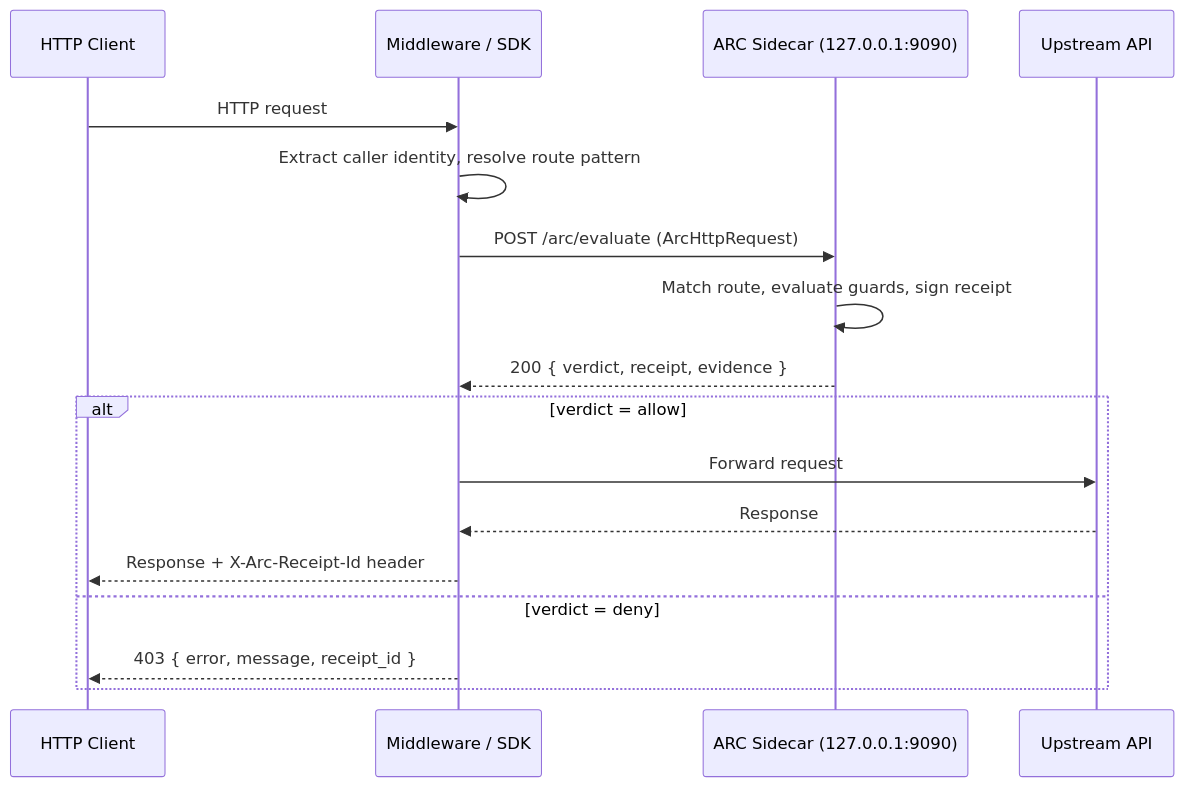
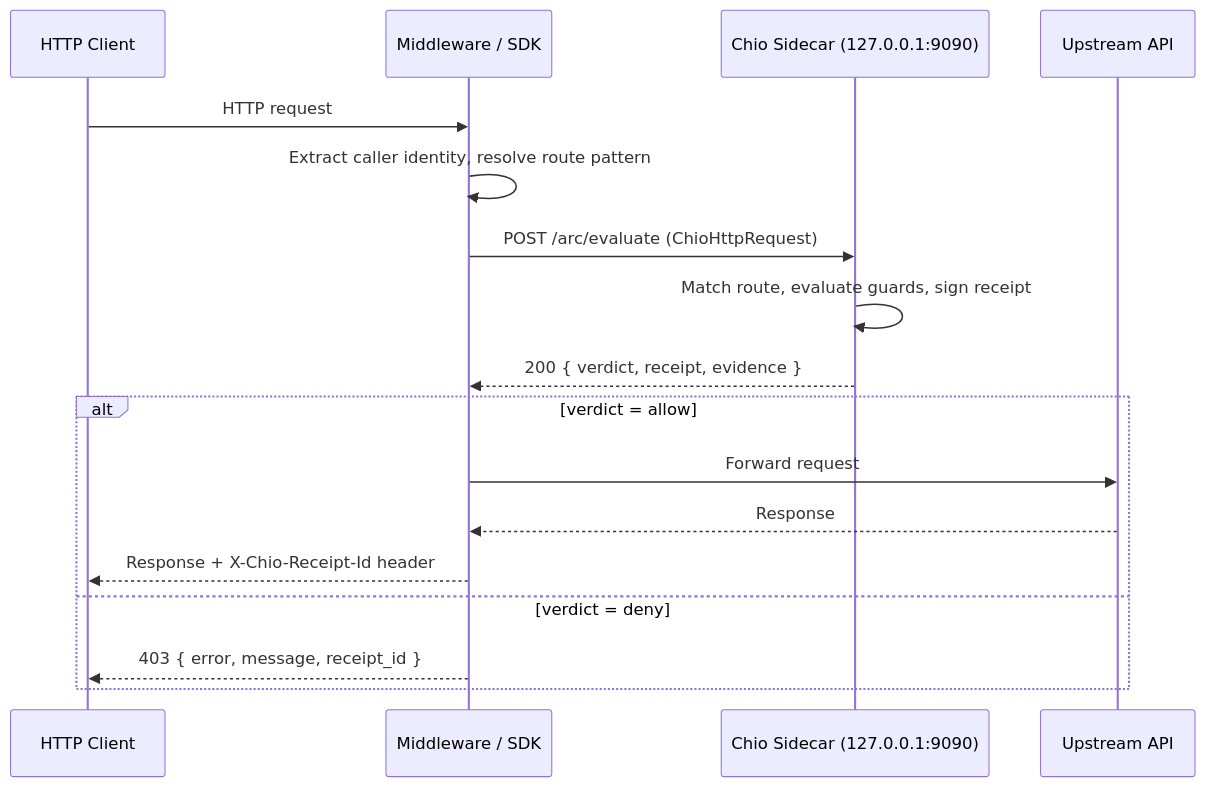
One commit to bb-connor/arc changed the first of 2 diagrams in spec/HTTP-SUBSTRATE.md. Above: the diagram before and after it, drawn with Mermaid. The commit also changed other lines of this file and 3351 other files, not shown here.

First line of the commit message:
feat(rename): arc → chio full overhaul

````diff
--- a/spec/HTTP-SUBSTRATE.md
+++ b/spec/HTTP-SUBSTRATE.md
@@ -133,20 +133,20 @@
 ```mermaid
 sequenceDiagram
     participant Client as HTTP Client
     participant MW as Middleware / SDK
-    participant Sidecar as ARC Sidecar (127.0.0.1:9090)
+    participant Sidecar as Chio Sidecar (127.0.0.1:9090)
     participant Upstream as Upstream API
 
     Client->>MW: HTTP request
     MW->>MW: Extract caller identity, resolve route pattern
-    MW->>Sidecar: POST /arc/evaluate (ArcHttpRequest)
+    MW->>Sidecar: POST /arc/evaluate (ChioHttpRequest)
     Sidecar->>Sidecar: Match route, evaluate guards, sign receipt
     Sidecar-->>MW: 200 { verdict, receipt, evidence }
     alt verdict = allow
         MW->>Upstream: Forward request
         Upstream-->>MW: Response
-        MW-->>Client: Response + X-Arc-Receipt-Id header
+        MW-->>Client: Response + X-Chio-Receipt-Id header
     else verdict = deny
         MW-->>Client: 403 { error, message, receipt_id }
     end
 ```
````
